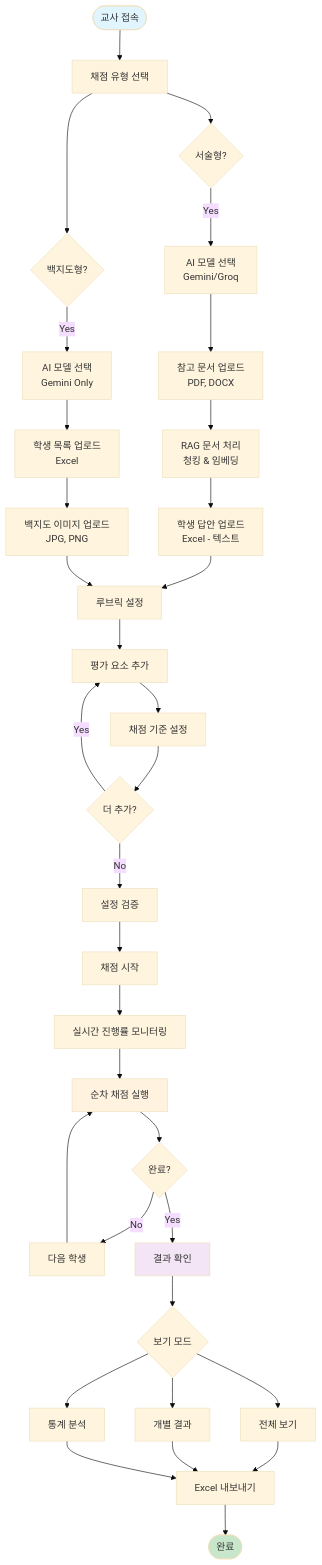
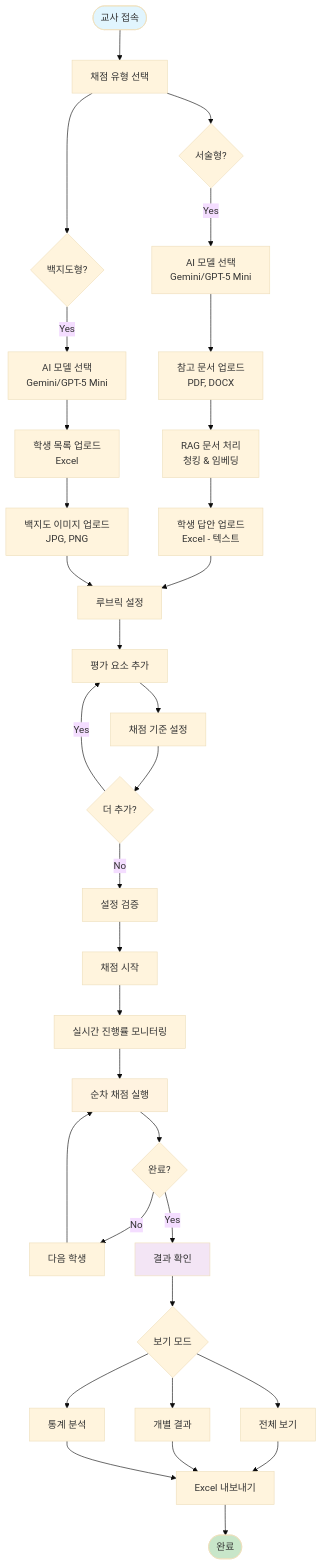
The second of 12 diagrams in references/architecture.md (GEOeduHJ/goe_assess_web4), drawn with Mermaid (base theme) before and after one commit. The commit also changed other lines of this file and 17 other files, not shown here.

````diff
--- a/references/architecture.md
+++ b/references/architecture.md
@@ -96,53 +96,53 @@
 ```mermaid
 flowchart TD
     START([교사 접속]) --> SELECT[채점 유형 선택]
     
     SELECT --> DESC{서술형?}
     SELECT --> MAP{백지도형?}
     
-    DESC -->|Yes| MODEL_D[AI 모델 선택<br/>Gemini/Groq]
-    MAP -->|Yes| MODEL_M[AI 모델 선택<br/>Gemini Only]
+    DESC -->|Yes| MODEL_D[AI 모델 선택<br/>Gemini/GPT-5 Mini]
+    MAP -->|Yes| MODEL_M[AI 모델 선택<br/>Gemini/GPT-5 Mini]
     
     MODEL_D --> REF_UPLOAD[참고 문서 업로드<br/>PDF, DOCX]
     MODEL_M --> STUDENT_LIST[학생 목록 업로드<br/>Excel]
     
     REF_UPLOAD --> RAG_PROC[RAG 문서 처리<br/>청킹 & 임베딩]
     RAG_PROC --> STUDENT_ANS_D[학생 답안 업로드<br/>Excel - 텍스트]
     
     STUDENT_LIST --> IMAGE_UPLOAD[백지도 이미지 업로드<br/>JPG, PNG]
     
     STUDENT_ANS_D --> RUBRIC[루브릭 설정]
     IMAGE_UPLOAD --> RUBRIC
     
     RUBRIC --> ADD_ELEMENT[평가 요소 추가]
     ADD_ELEMENT --> ADD_CRITERIA[채점 기준 설정]
     ADD_CRITERIA --> MORE{더 추가?}
     MORE -->|Yes| ADD_ELEMENT
     MORE -->|No| VALIDATE[설정 검증]
     
     VALIDATE --> START_GRADING[채점 시작]
     START_GRADING --> PROGRESS[실시간 진행률 모니터링]
     
     PROGRESS --> GRADING_LOOP[순차 채점 실행]
     GRADING_LOOP --> STUDENT_DONE{완료?}
     STUDENT_DONE -->|No| NEXT_STUDENT[다음 학생]
     NEXT_STUDENT --> GRADING_LOOP
     
     STUDENT_DONE -->|Yes| RESULTS[결과 확인]
     
     RESULTS --> VIEW_MODE{보기 모드}
     VIEW_MODE --> OVERVIEW[전체 보기]
     VIEW_MODE --> INDIVIDUAL[개별 결과]
     VIEW_MODE --> ANALYTICS[통계 분석]
     
     OVERVIEW --> EXPORT[Excel 내보내기]
     INDIVIDUAL --> EXPORT
     ANALYTICS --> EXPORT
     
     EXPORT --> END([완료])
     
     style START fill:#e1f5fe
     style END fill:#c8e6c9
     style GRADING_LOOP fill:#fff3e0
     style RESULTS fill:#f3e5f5
 ```
````
